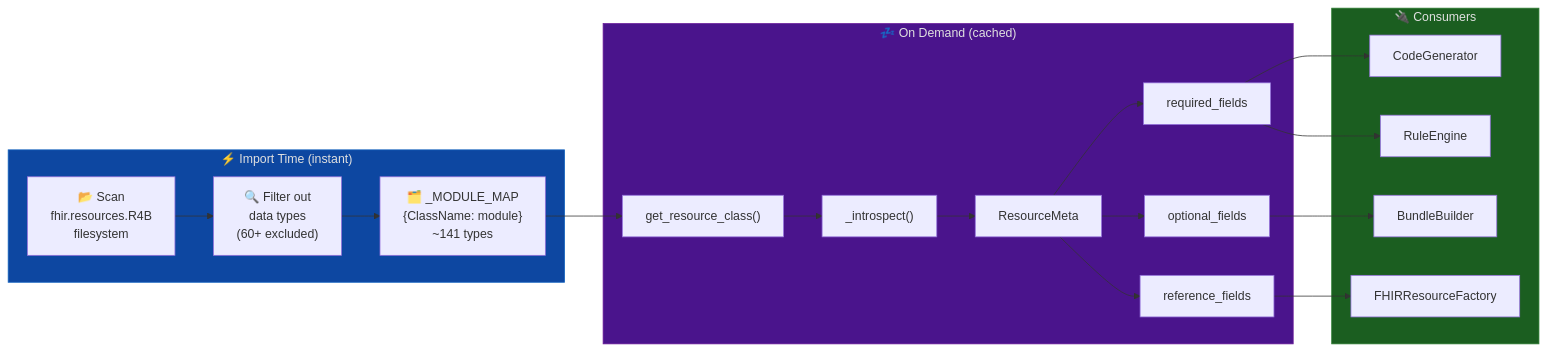
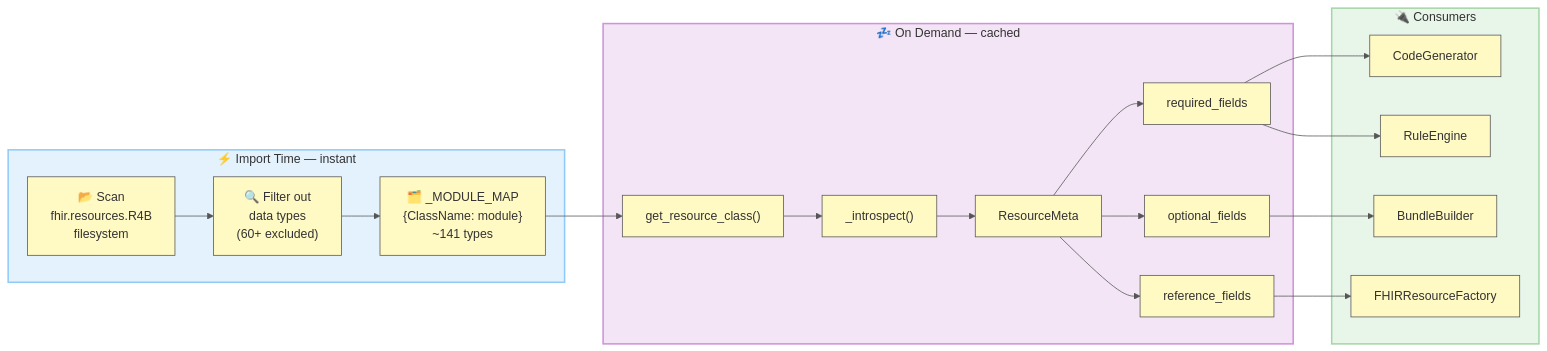
One commit to alvinhenrick/fhir-synth changed the eighth of 10 diagrams in ARCHITECTURE.md. Above: the diagram before and after it, drawn with Mermaid. The commit also changed other lines of this file, not shown here.

Commit message:
refactor architecture documentation; enhance clarity and update visual elements for better understanding

````diff
--- a/ARCHITECTURE.md
+++ b/ARCHITECTURE.md
@@ -336,24 +415,28 @@
 ```mermaid
+%%{init: {'theme': 'base', 'themeVariables': {'primaryColor': '#fff9c4', 'primaryTextColor': '#333', 'primaryBorderColor': '#555', 'lineColor': '#555', 'fontFamily': 'Comic Sans MS, cursive, sans-serif'}}}%%
 flowchart LR
-    subgraph IMPORT["⚡ Import Time (instant)"]
+    subgraph IMPORT["⚡ Import Time — instant"]
         SCAN["📂 Scan<br/>fhir.resources.R4B<br/>filesystem"] --> FILTER["🔍 Filter out<br/>data types<br/>(60+ excluded)"]
         FILTER --> MAP["🗂️ _MODULE_MAP<br/>{ClassName: module}<br/>~141 types"]
     end
-    subgraph DEMAND["💤 On Demand (cached)"]
+
+    subgraph DEMAND["💤 On Demand — cached"]
         MAP --> GRC["get_resource_class()"]
         GRC --> INTRO["_introspect()"]
         INTRO --> META["ResourceMeta"]
         META --> REQ["required_fields"]
         META --> OPT["optional_fields"]
         META --> REF["reference_fields"]
     end
+
     subgraph CONSUMERS["🔌 Consumers"]
         REQ --> CG2["CodeGenerator"]
         REQ --> RE2["RuleEngine"]
         OPT --> BB2["BundleBuilder"]
         REF --> FU2["FHIRResourceFactory"]
     end
-    style IMPORT fill:#0d47a1,stroke:#1565c0,color:#e0e0e0
-    style DEMAND fill:#4a148c,stroke:#6a1b9a,color:#e0e0e0
-    style CONSUMERS fill:#1b5e20,stroke:#2e7d32,color:#e0e0e0
+
+    style IMPORT fill:#e3f2fd,stroke:#90caf9,color:#333,stroke-width:2px
+    style DEMAND fill:#f3e5f5,stroke:#ce93d8,color:#333,stroke-width:2px
+    style CONSUMERS fill:#e8f5e9,stroke:#a5d6a7,color:#333,stroke-width:2px
 ```
````
